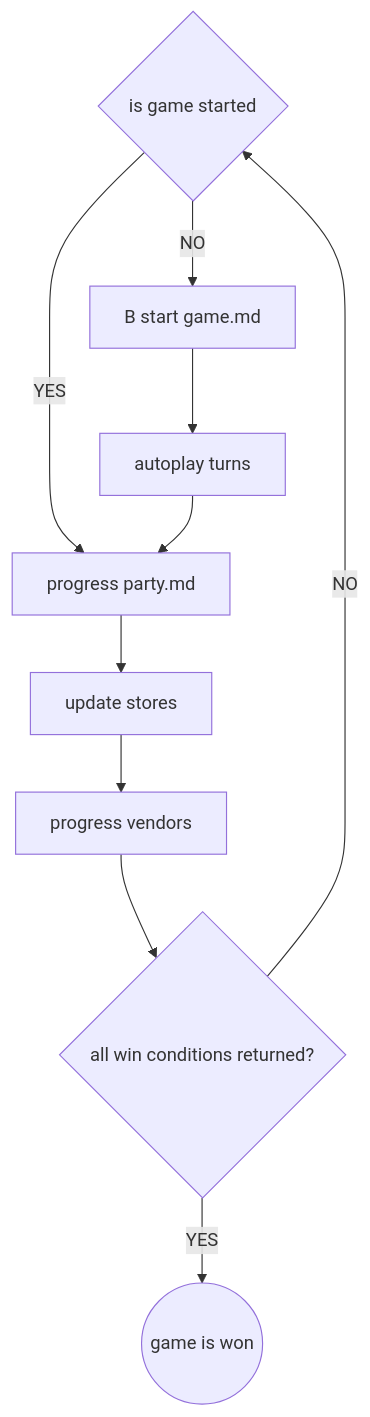
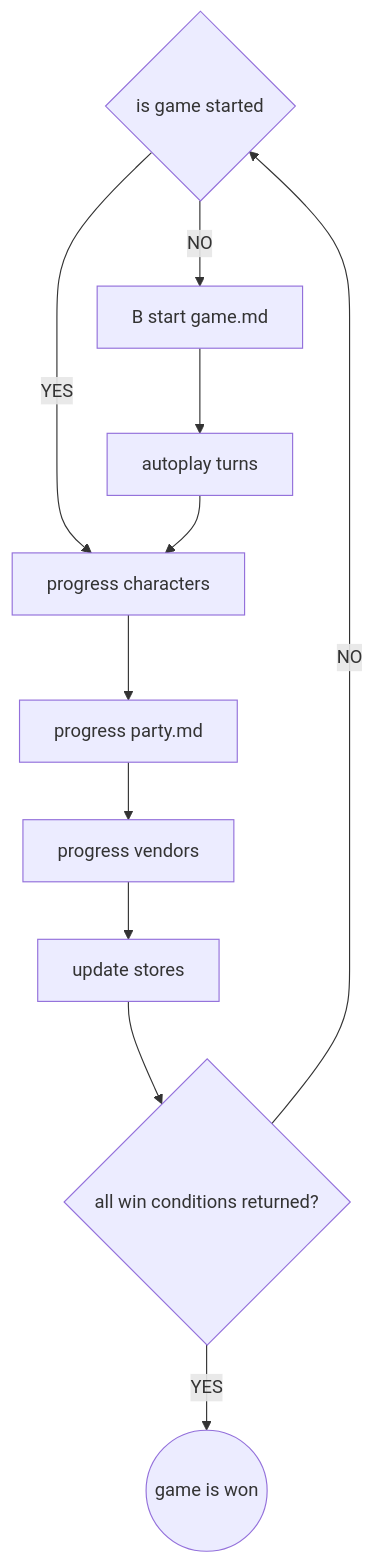
One commit to robdrimmie/imtg changed the diagram in docs/A progress game.md. Above: the diagram before and after it, drawn with Mermaid. The commit also changed 9 other files, not shown here.

````diff
--- a/docs/A progress game.md
+++ b/docs/A progress game.md
@@ -1,32 +1,36 @@
 ```mermaid
 flowchart TD
     A{is game started};
 
     B1[B start game.md];
     B2[autoplay turns];
 
-    C[progress party.md];
+    CHAR[progress characters];
 
-    D[update stores];
+    PART[progress party.md];
 
-    E[progress vendors];
+    STOR[update stores];
+
+    VEND[progress vendors];
 
     F{all win conditions returned?}
 
     G((game is won))
 
     A -- NO --> B1;
-    A -- YES --> C;
+    A -- YES --> CHAR;
 
     B1 --> B2;
-    B2 --> C;
+    B2 --> CHAR;
 
-    C --> D;
+    CHAR --> PART;
 
-    D --> E;
+    PART --> VEND;
 
-    E --> F;
+    VEND --> STOR;
+
+    STOR --> F;
 
     F -- NO --> A;
     F -- YES --> G;
 ```
````
